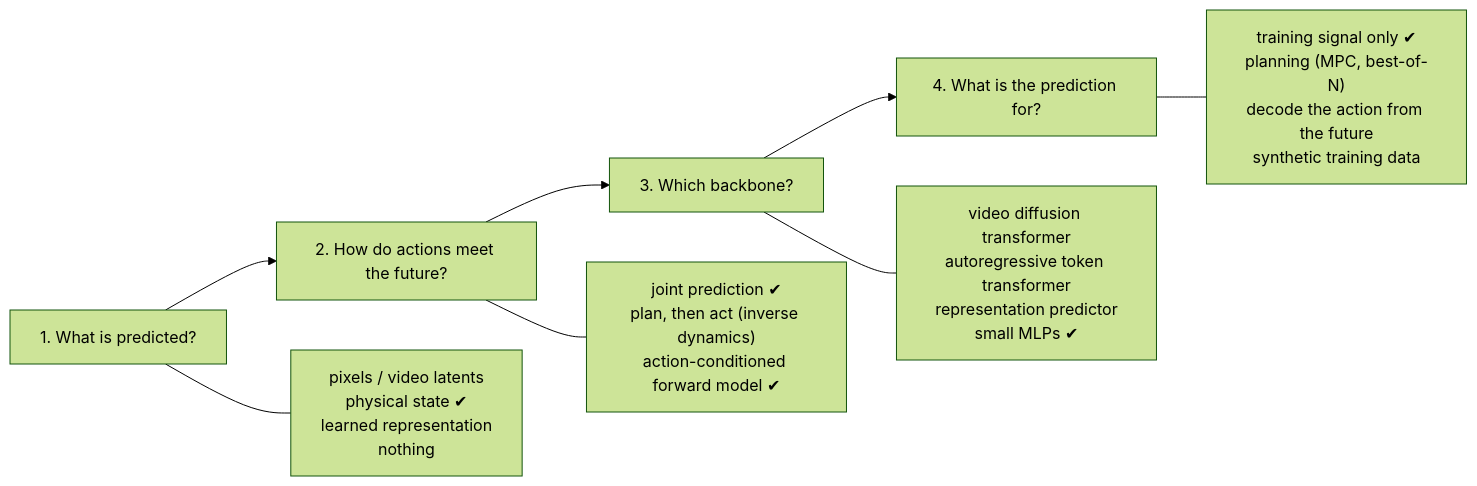
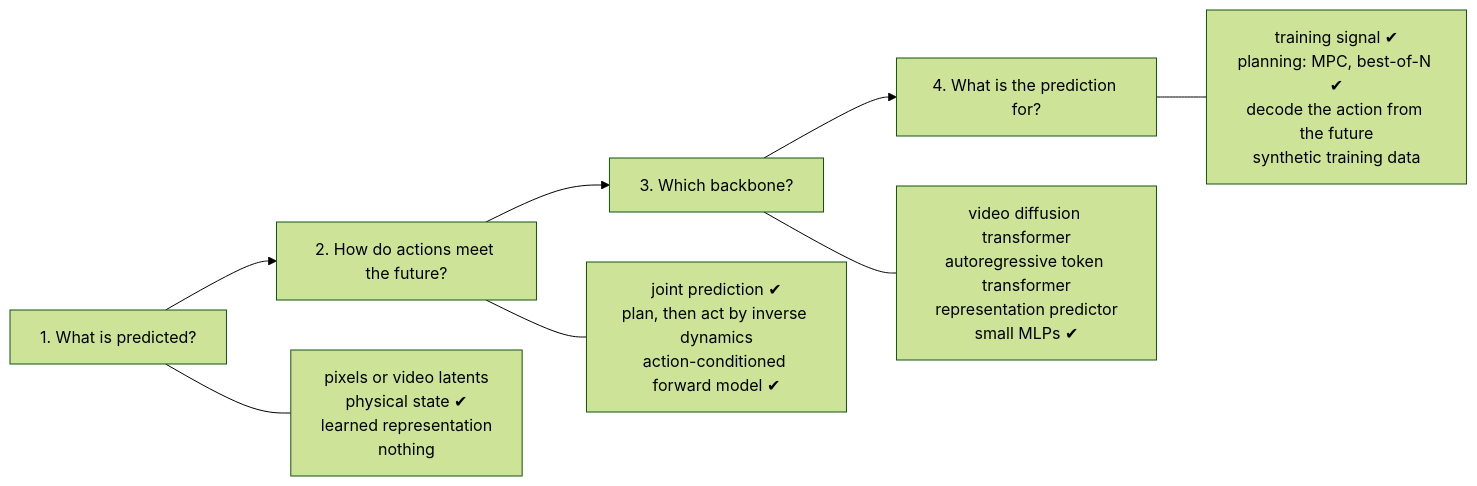
The second of 4 diagrams in docs/pico-wam-paper.md (keivalya/mini-wam), drawn with Mermaid (forest theme) before and after one commit. The commit also changed other lines of this file and 5 other files, not shown here.

````diff
--- a/docs/pico-wam-paper.md
+++ b/docs/pico-wam-paper.md
@@ -87,8 +89,8 @@
 ```mermaid
 flowchart LR
     Q1["1. What is predicted?"] --> Q2["2. How do actions meet the future?"] --> Q3["3. Which backbone?"] --> Q4["4. What is the prediction for?"]
-    Q1 --- A1["pixels / video latents<br/>physical state ✔<br/>learned representation<br/>nothing"]
-    Q2 --- A2["joint prediction ✔<br/>plan, then act (inverse dynamics)<br/>action-conditioned forward model ✔"]
+    Q1 --- A1["pixels or video latents<br/>physical state ✔<br/>learned representation<br/>nothing"]
+    Q2 --- A2["joint prediction ✔<br/>plan, then act by inverse dynamics<br/>action-conditioned forward model ✔"]
     Q3 --- A3["video diffusion transformer<br/>autoregressive token transformer<br/>representation predictor<br/>small MLPs ✔"]
-    Q4 --- A4["training signal only ✔<br/>planning (MPC, best-of-N)<br/>decode the action from the future<br/>synthetic training data"]
+    Q4 --- A4["training signal ✔<br/>planning: MPC, best-of-N ✔<br/>decode the action from the future<br/>synthetic training data"]
 ```
````
